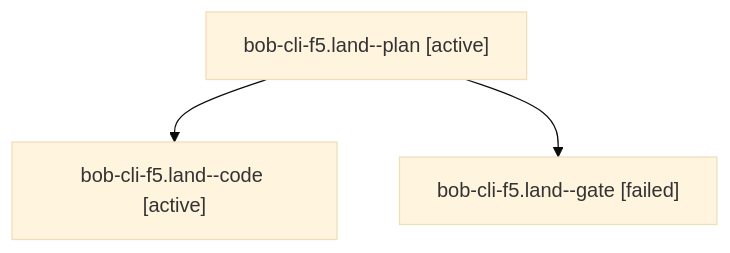
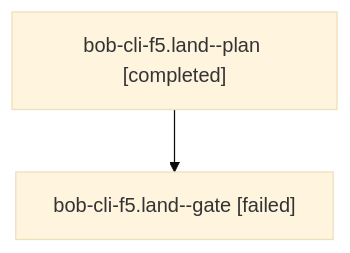
The diagram in sessions/bbugyi200.athena.bob-cli-f5.land.md (bobs-org/bob-cli--agents), drawn with Mermaid (base theme) before and after one commit. The commit also changed other lines of this file and 18 other files, not shown here.

````diff
--- a/sessions/bbugyi200.athena.bob-cli-f5.land.md
+++ b/sessions/bbugyi200.athena.bob-cli-f5.land.md
@@ -9,8 +9,6 @@
 ```mermaid
 flowchart TD
-  n0["bob-cli-f5.land--plan [active]"]
-  n1["bob-cli-f5.land--code [active]"]
+  n0["bob-cli-f5.land--plan [completed]"]
+  n1["bob-cli-f5.land--gate [failed]"]
   n0 --> n1
-  n2["bob-cli-f5.land--gate [failed]"]
-  n0 --> n2
 ```
````
